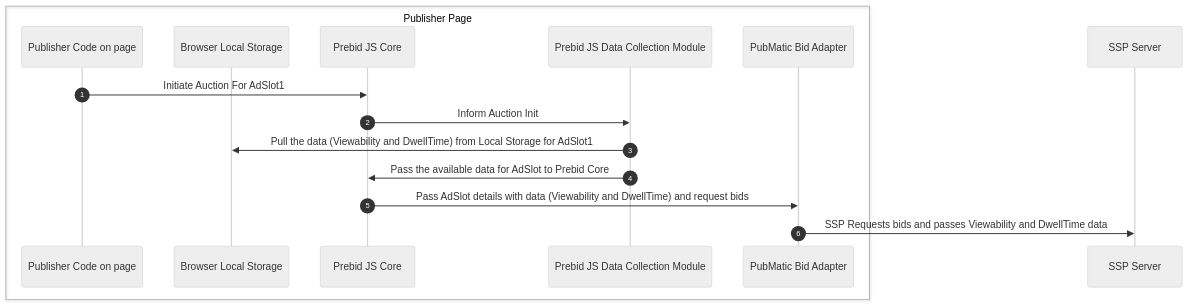
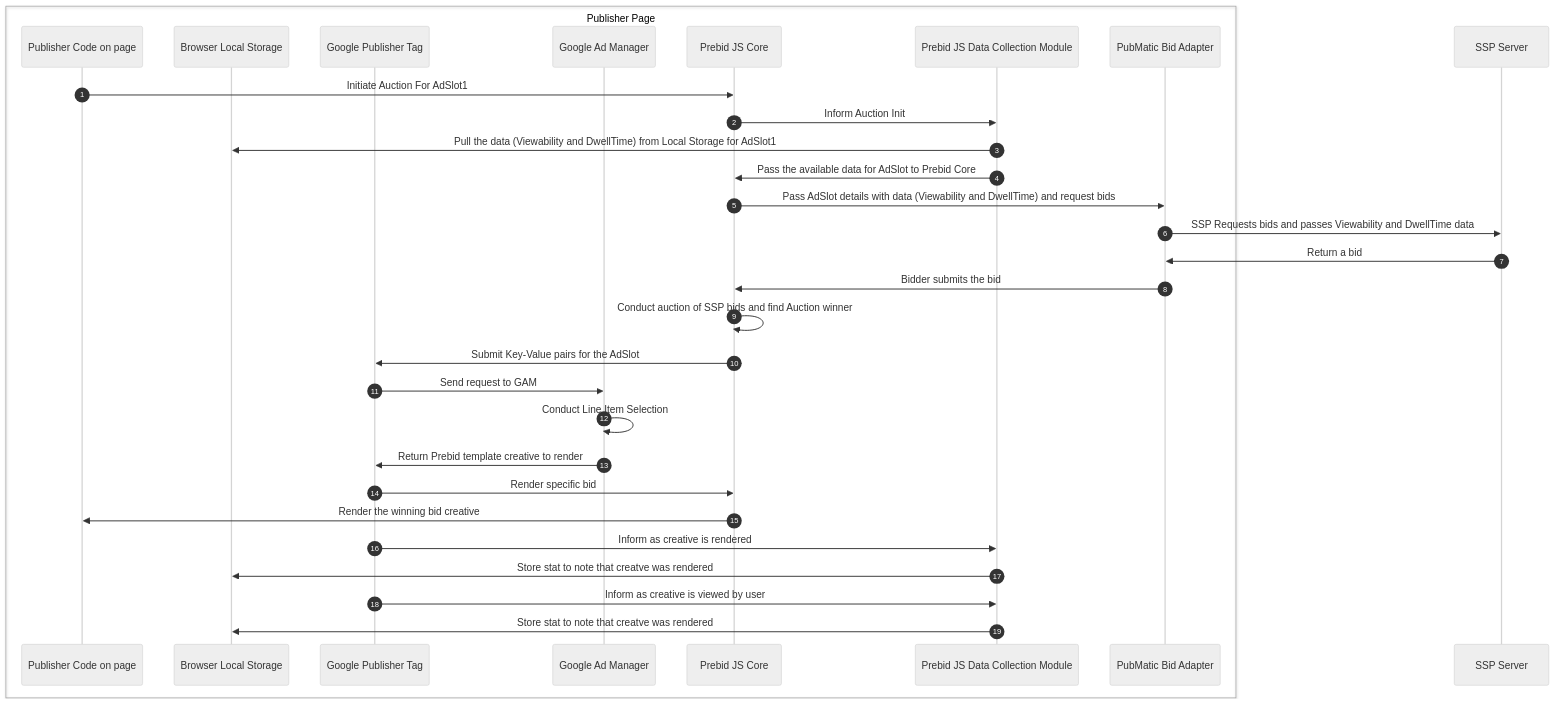
The diagram in InventoryPackaging.md (pm-harshad-mane/Diagrams), drawn with Mermaid (neutral theme) before and after one commit.

````diff
--- a/InventoryPackaging.md
+++ b/InventoryPackaging.md
@@ -6,19 +6,34 @@
 ```mermaid
 sequenceDiagram
     autonumber
     box Publisher Page
     participant PubCode as Publisher Code on page
     participant LS as Browser Local Storage
+    participant GPT as Google Publisher Tag
+    participant GAM as Google Ad Manager 
     participant PBJS_Core as Prebid JS Core
     participant PBJS_Module as Prebid JS Data Collection Module
     participant SSP_Bidder as PubMatic Bid Adapter
     end
     participant SSP_Server as SSP Server
     
     PubCode->>PBJS_Core: Initiate Auction For AdSlot1
     PBJS_Core->>PBJS_Module: Inform Auction Init
     PBJS_Module->>LS: Pull the data (Viewability and DwellTime) from Local Storage for AdSlot1
     PBJS_Module->>PBJS_Core: Pass the available data for AdSlot to Prebid Core
     PBJS_Core->>SSP_Bidder: Pass AdSlot details with data (Viewability and DwellTime) and request bids
     SSP_Bidder->>SSP_Server: SSP Requests bids and passes Viewability and DwellTime data
+    SSP_Server->>SSP_Bidder: Return a bid
+    SSP_Bidder->>PBJS_Core: Bidder submits the bid
+    PBJS_Core->>PBJS_Core: Conduct auction of SSP bids and find Auction winner
+    PBJS_Core->>GPT: Submit Key-Value pairs for the AdSlot
+    GPT->>GAM: Send request to GAM
+    GAM->>GAM: Conduct Line Item Selection
+    GAM->>GPT: Return Prebid template creative to render
+    GPT->>PBJS_Core: Render specific bid
+    PBJS_Core->>PubCode: Render the winning bid creative
+    GPT->>PBJS_Module: Inform as creative is rendered
+    PBJS_Module->>LS: Store stat to note that creatve was rendered
+    GPT->>PBJS_Module: Inform as creative is viewed by user
+    PBJS_Module->>LS: Store stat to note that creatve was rendered
 ```
````
